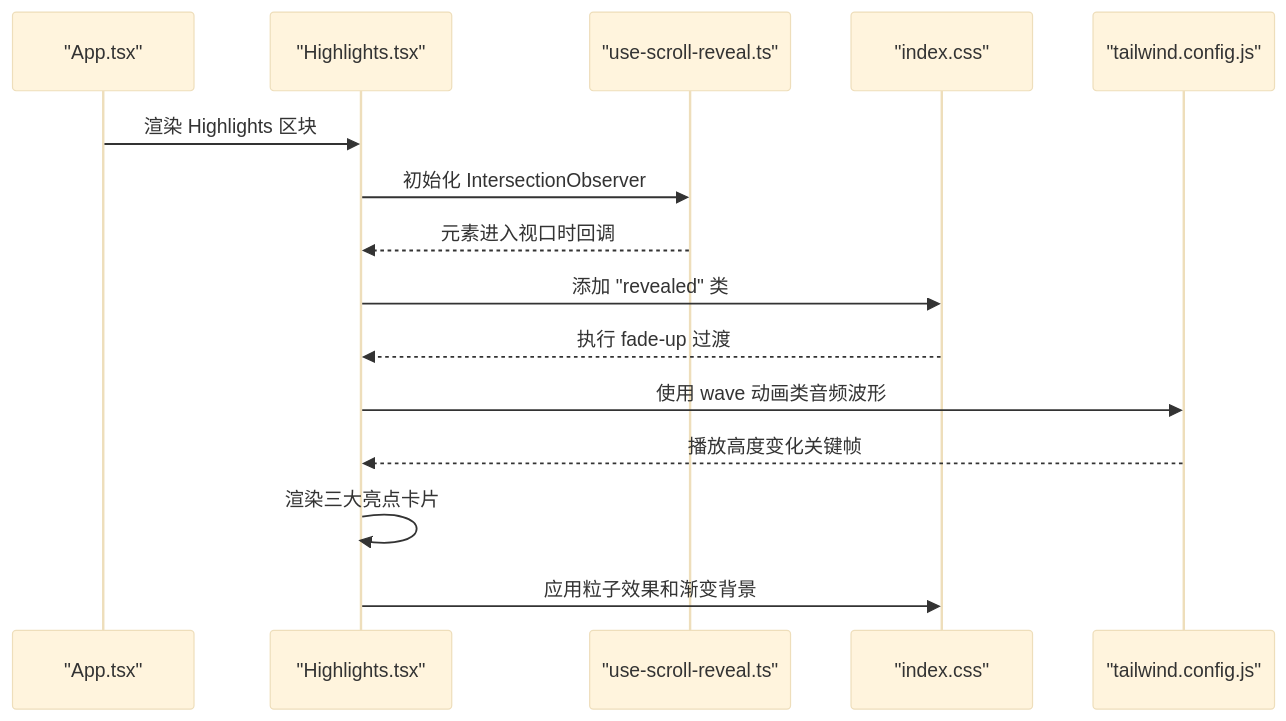
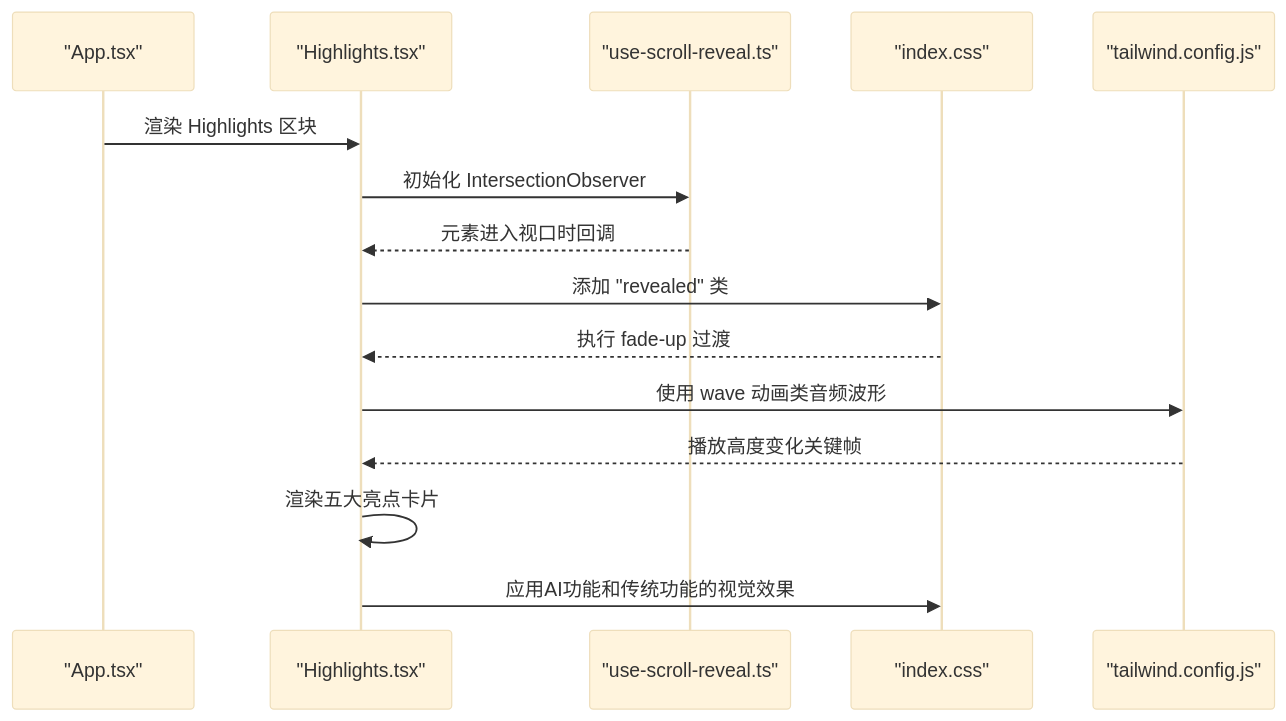
Before and after one commit to Primoguo/naolizhi.cn: the second of 5 diagrams in .qoder/repowiki/zh/content/架构设计/组件架构/页面组件/Highlights组件.md, drawn with Mermaid (base theme). The commit also changed other lines of this file and 23 other files, not shown here.

````diff
--- a/.qoder/repowiki/zh/content/架构设计/组件架构/页面组件/Highlights组件.md
+++ b/.qoder/repowiki/zh/content/架构设计/组件架构/页面组件/Highlights组件.md
@@ -103,17 +120,17 @@
 ```mermaid
 sequenceDiagram
 participant App as "App.tsx"
 participant Sec as "Highlights.tsx"
 participant Hook as "use-scroll-reveal.ts"
 participant CSS as "index.css"
 participant TW as "tailwind.config.js"
 App->>Sec : 渲染 Highlights 区块
 Sec->>Hook : 初始化 IntersectionObserver
 Hook-->>Sec : 元素进入视口时回调
 Sec->>CSS : 添加 "revealed" 类
 CSS-->>Sec : 执行 fade-up 过渡
 Sec->>TW : 使用 wave 动画类音频波形
 TW-->>Sec : 播放高度变化关键帧
-Sec->>Sec : 渲染三大亮点卡片
-Sec->>CSS : 应用粒子效果和渐变背景
+Sec->>Sec : 渲染五大亮点卡片
+Sec->>CSS : 应用AI功能和传统功能的视觉效果
 ```
````
